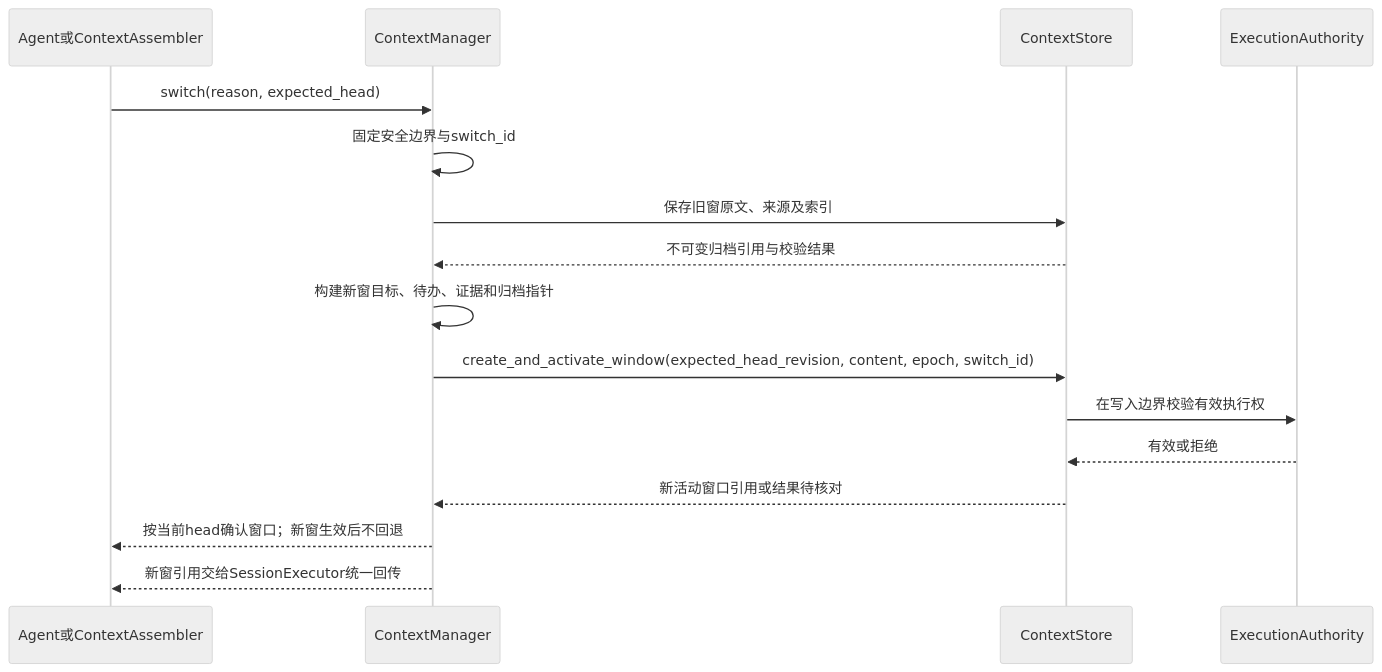
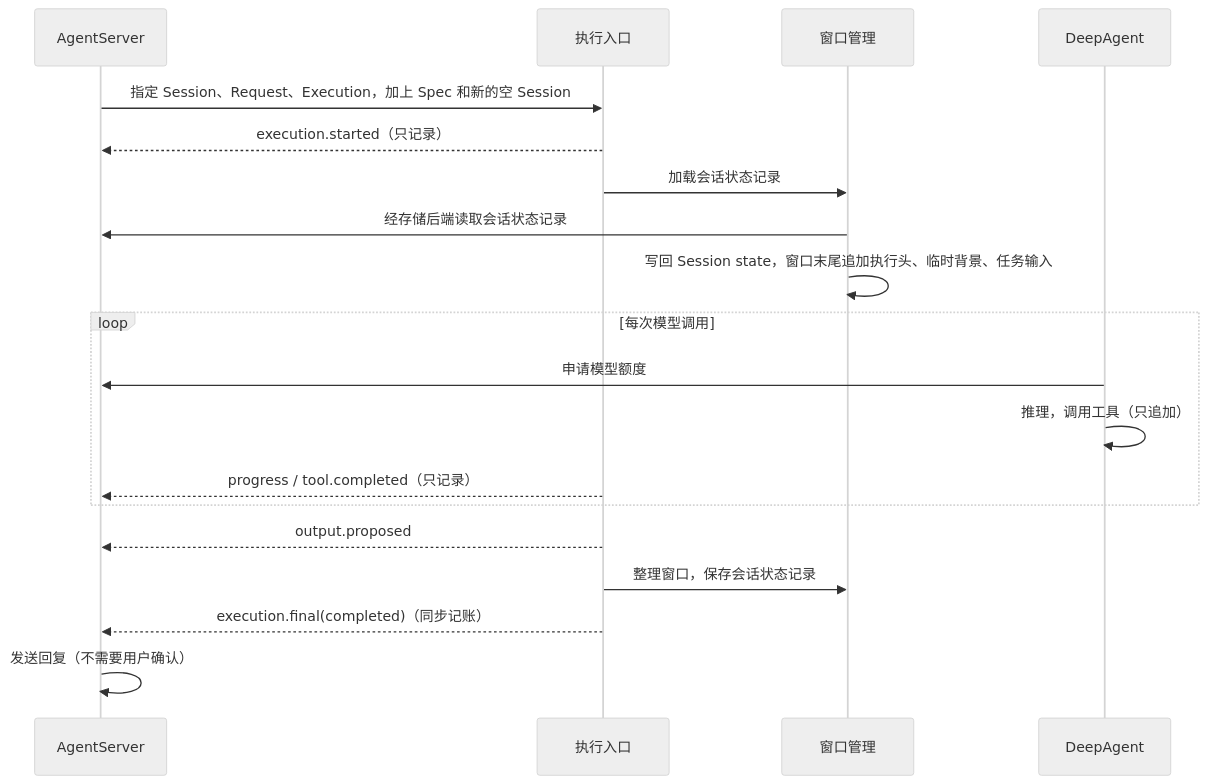
The second of 5 diagrams in openjiuwen/harness/persistent_agent/docs/designs/persistent-agent-architecture.md (openJiuwen-ai/agent-core), drawn with Mermaid (neutral theme) before and after one commit. The commit also changed other lines of this file and 16 other files, not shown here.

````diff
--- a/openjiuwen/harness/persistent_agent/docs/designs/persistent-agent-architecture.md
+++ b/openjiuwen/harness/persistent_agent/docs/designs/persistent-agent-architecture.md
@@ -554,18 +214,21 @@
 ```mermaid
 sequenceDiagram
-    participant A as Agent或ContextAssembler
-    participant M as ContextManager
-    participant C as ContextStore
-    participant E as ExecutionAuthority
-    A->>M: switch(reason, expected_head)
-    M->>M: 固定安全边界与switch_id
-    M->>C: 保存旧窗原文、来源及索引
-    C-->>M: 不可变归档引用与校验结果
-    M->>M: 构建新窗目标、待办、证据和归档指针
-    M->>C: create_and_activate_window(expected_head_revision, content, epoch, switch_id)
-    C->>E: 在写入边界校验有效执行权
-    E-->>C: 有效或拒绝
-    C-->>M: 新活动窗口引用或结果待核对
-    M-->>A: 按当前head确认窗口；新窗生效后不回退
-    M-->>A: 新窗引用交给SessionExecutor统一回传
+    participant H as AgentServer
+    participant E as 执行入口
+    participant M as 窗口管理
+    participant A as DeepAgent
+    H->>E: 指定 Session、Request、Execution，加上 Spec 和新的空 Session
+    E-->>H: execution.started（只记录）
+    E->>M: 加载会话状态记录
+    M->>H: 经存储后端读取会话状态记录
+    M->>M: 写回 Session state，窗口末尾追加执行头、临时背景、任务输入
+    loop 每次模型调用
+        A->>H: 申请模型额度
+        A->>A: 推理，调用工具（只追加）
+        E-->>H: progress / tool.completed（只记录）
+    end
+    E-->>H: output.proposed
+    E->>M: 整理窗口，保存会话状态记录
+    E-->>H: execution.final(completed)（同步记账）
+    H->>H: 发送回复（不需要用户确认）
 ```
````
